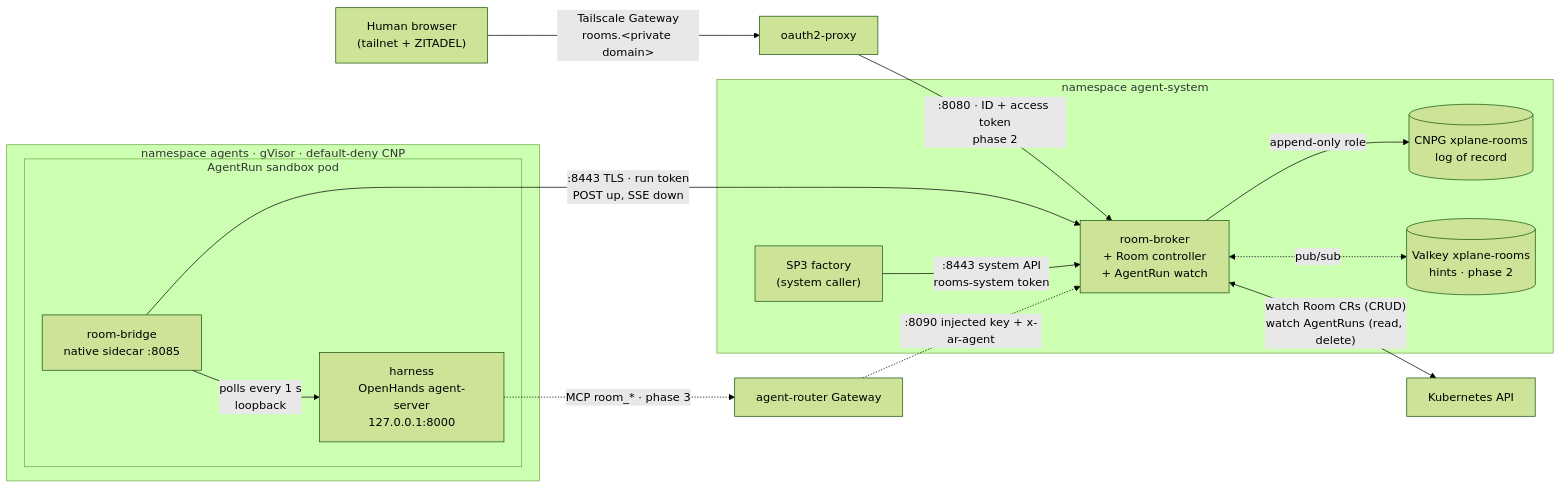
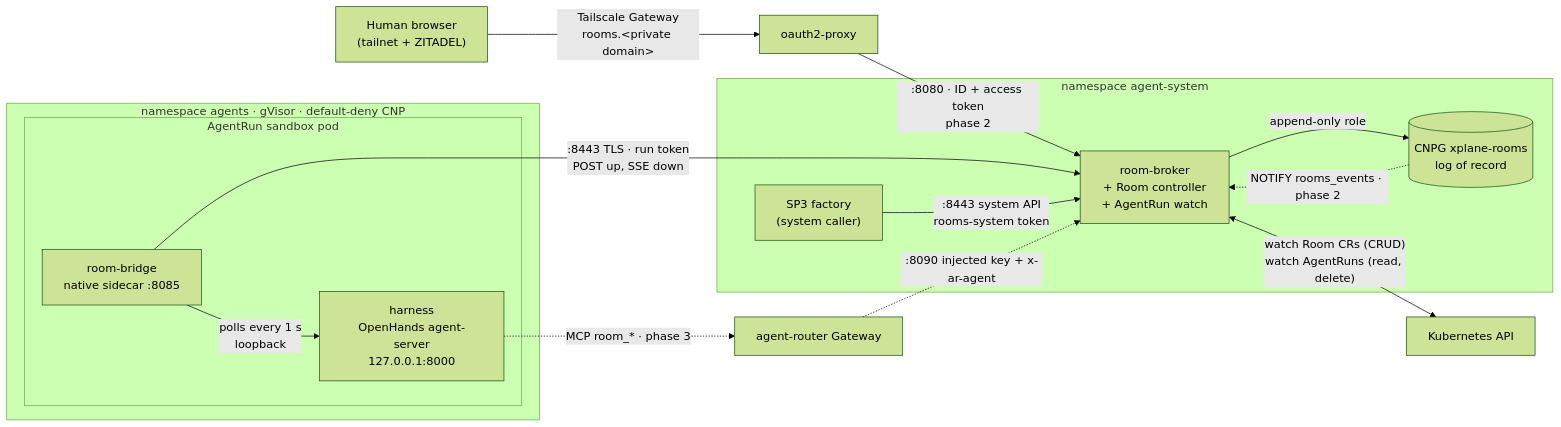
One commit to Smana/agent-platform changed the first of 2 diagrams in docs/architecture.md. Above: the diagram before and after it, drawn with Mermaid (forest theme). The commit also changed other lines of this file and 61 other files, not shown here.

````diff
--- a/docs/architecture.md
+++ b/docs/architecture.md
@@ -25,28 +25,27 @@
 ```mermaid
 flowchart LR
   human["Human browser<br/>(tailnet + ZITADEL)"] -->|"Tailscale Gateway<br/>rooms.&lt;private domain&gt;"| proxy["oauth2-proxy"]
   proxy -->|":8080 · ID + access token<br/>phase 2"| broker
 
   subgraph agents["namespace agents · gVisor · default-deny CNP"]
     subgraph pod["AgentRun sandbox pod"]
       harness["harness<br/>OpenHands agent-server<br/>127.0.0.1:8000"]
       bridge["room-bridge<br/>native sidecar :8085"]
       bridge -->|"polls every 1 s<br/>loopback"| harness
     end
   end
   bridge -->|":8443 TLS · run token<br/>POST up, SSE down"| broker
 
   subgraph sys["namespace agent-system"]
     broker["room-broker<br/>+ Room controller<br/>+ AgentRun watch"]
     pg[("CNPG xplane-rooms<br/>log of record")]
-    vk[("Valkey xplane-rooms<br/>hints · phase 2")]
     factory["SP3 factory<br/>(system caller)"]
   end
   factory -->|":8443 system API<br/>rooms-system token"| broker
   harness -.->|"MCP room_* · phase 3"| router["agent-router Gateway"]
   router -.->|":8090 injected key + x-ar-agent"| broker
 
   broker -->|"append-only role"| pg
-  broker <-.->|pub/sub| vk
+  pg -.->|"NOTIFY rooms_events · phase 2"| broker
   broker <-->|"watch Room CRs (CRUD)<br/>watch AgentRuns (read, delete)"| kube["Kubernetes API"]
 ```
````
